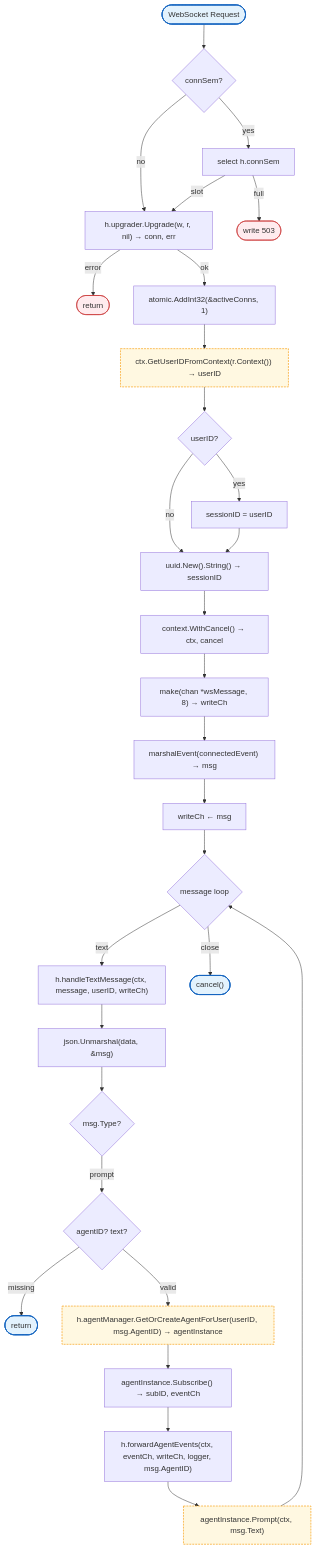
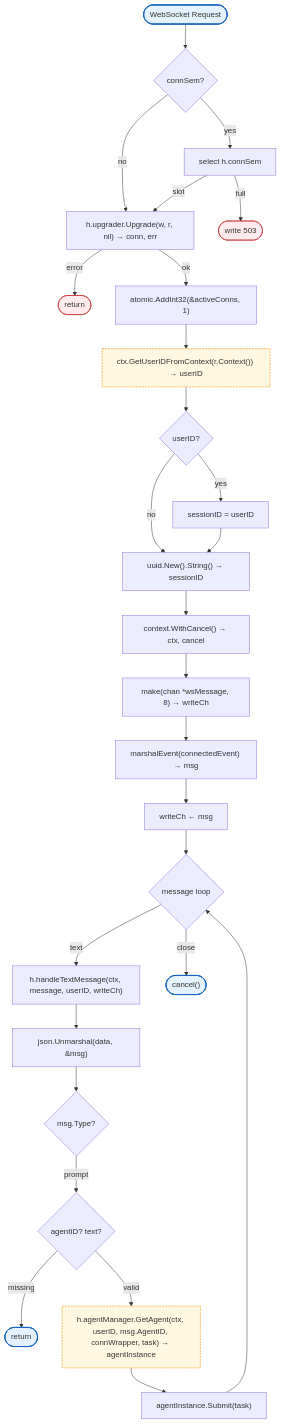
The first of 12 diagrams in docs/internal/websocket.md (radch-ai/ava), drawn with Mermaid before and after one commit. The commit also changed other lines of this file and 38 other files, not shown here.

````diff
--- a/docs/internal/websocket.md
+++ b/docs/internal/websocket.md
@@ -7,43 +7,40 @@
 ```mermaid
 flowchart TB
     Start([WebSocket Request]) --> CheckSem{connSem?}
     CheckSem -->|yes| Acquire["select h.connSem"]
     CheckSem -->|no| UpgradeConn
     Acquire -->|full| LimitErr(["write 503"])
     Acquire -->|slot| UpgradeConn["h.upgrader.Upgrade(w, r, nil) → conn, err"]
     UpgradeConn -->|error| UpgradeErr(["return"])
     UpgradeConn -->|ok| IncActive["atomic.AddInt32(&activeConns, 1)"]
     IncActive --> GetUserID["ctx.GetUserIDFromContext(r.Context()) → userID"]
     GetUserID --> CheckUser{userID?}
     CheckUser -->|yes| SetSession["sessionID = userID"]
     CheckUser -->|no| NewUUID["uuid.New().String() → sessionID"]
     SetSession --> NewUUID
     NewUUID --> CreateCtx["context.WithCancel() → ctx, cancel"]
     CreateCtx --> MakeWriteCh["make(chan *wsMessage, 8) → writeCh"]
     MakeWriteCh --> SendEvent["marshalEvent(connectedEvent) → msg"]
     SendEvent --> WriteCh["writeCh ← msg"]
     WriteCh --> MsgLoop{message loop}
     MsgLoop -->|text| HandleText["h.handleTextMessage(ctx, message, userID, writeCh)"]
     MsgLoop -->|close| Cancel(["cancel()"])
     HandleText --> Unmarshal["json.Unmarshal(data, &msg)"]
     Unmarshal --> CheckType{msg.Type?}
     CheckType -->|prompt| ValidatePrompt{agentID? text?}
     ValidatePrompt -->|missing| Skip(["return"])
-    ValidatePrompt -->|valid| GetAgent["h.agentManager.GetOrCreateAgentForUser(userID, msg.AgentID) → agentInstance"]
-    GetAgent --> Subscribe["agentInstance.Subscribe() → subID, eventCh"]
-    Subscribe --> ForwardEvents["h.forwardAgentEvents(ctx, eventCh, writeCh, logger, msg.AgentID)"]
-    ForwardEvents --> AgentPrompt["agentInstance.Prompt(ctx, msg.Text)"]
-    AgentPrompt --> MsgLoop
+    ValidatePrompt -->|valid| GetAgent["h.agentManager.GetAgent(ctx, userID, msg.AgentID, connWrapper, task) → agentInstance"]
+    GetAgent --> SubmitTask["agentInstance.Submit(task)"]
+    SubmitTask --> MsgLoop
 
     click GetUserID href "ctx.md"
-    click GetAgent href "agent/README.md"
-    click AgentPrompt href "agent/README.md"
+    click GetAgent href "#GetAgent"
 
     classDef mainFn fill:#e3f2fd,stroke:#1565c0,stroke-width:2px
     classDef localPkgs fill:#fff8e1,stroke:#f9a825,stroke-width:1.5px,stroke-dasharray:4 2
     classDef errorFlow fill:#ffebee,stroke:#c62828,stroke-width:1px
 
     class Start,Cancel,Skip mainFn
-    class GetUserID,GetAgent,AgentPrompt localPkgs
+    class GetUserID,GetAgent localPkgs
     class LimitErr,UpgradeErr errorFlow
 ```
````
